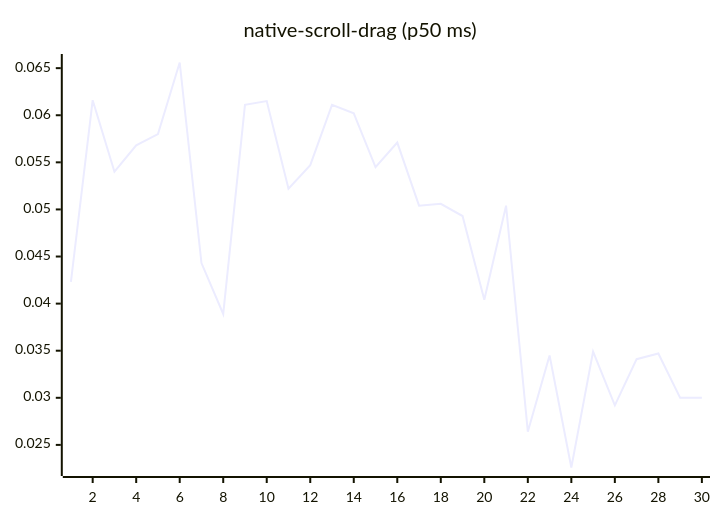
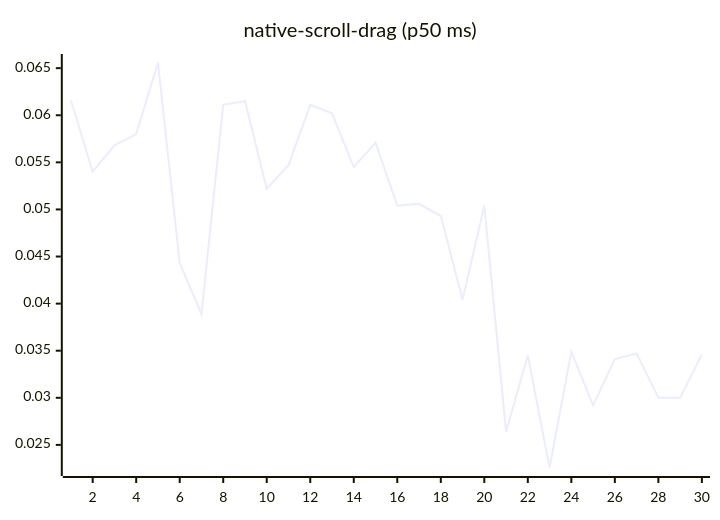
Before and after one commit to josha/Facet: diagram 14 of 27 in README.md, drawn with Mermaid. The commit also changed other lines of this file and 2 other files, not shown here.

````diff
--- a/README.md
+++ b/README.md
@@ -154,6 +154,6 @@
 ```mermaid
 xychart-beta
     title "native-scroll-drag (p50 ms)"
     x-axis 1 --> 30
-    line [0.0423, 0.0616, 0.0540, 0.0568, 0.0580, 0.0656, 0.0443, 0.0389, 0.0611, 0.0615, 0.0522, 0.0547, 0.0611, 0.0602, 0.0545, 0.0571, 0.0504, 0.0506, 0.0493, 0.0404, 0.0504, 0.0264, 0.0345, 0.0226, 0.0349, 0.0292, 0.0341, 0.0347, 0.0300, 0.0300]
+    line [0.0616, 0.0540, 0.0568, 0.0580, 0.0656, 0.0443, 0.0389, 0.0611, 0.0615, 0.0522, 0.0547, 0.0611, 0.0602, 0.0545, 0.0571, 0.0504, 0.0506, 0.0493, 0.0404, 0.0504, 0.0264, 0.0345, 0.0226, 0.0349, 0.0292, 0.0341, 0.0347, 0.0300, 0.0300, 0.0346]
 ```
````
